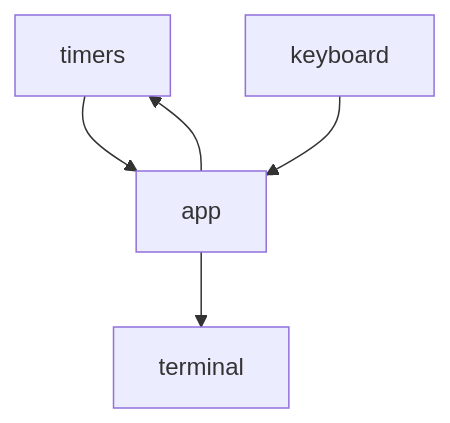
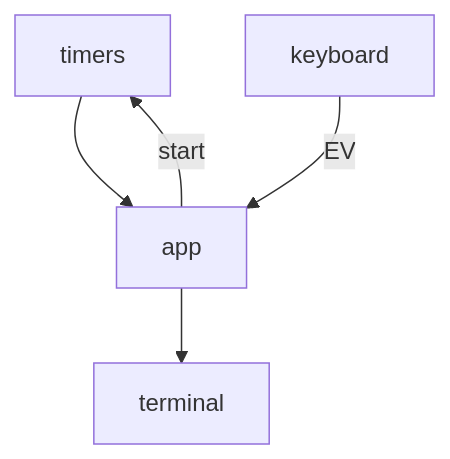
Before and after one commit to brianluthercarver/EventShareOS: the diagram in basic/README.adoc, drawn with Mermaid. The commit also changed other lines of this file and 22 other files, not shown here.

```diff
--- a/basic/README.adoc
+++ b/basic/README.adoc
@@ -20,8 +20,8 @@
 [mermaid]
 ----
 graph
 timers --> app;
-app --> timers
-keyboard --> app;
+app -- start --> timers
+keyboard -- EV --> app;
 app --> terminal;
 ----
```
